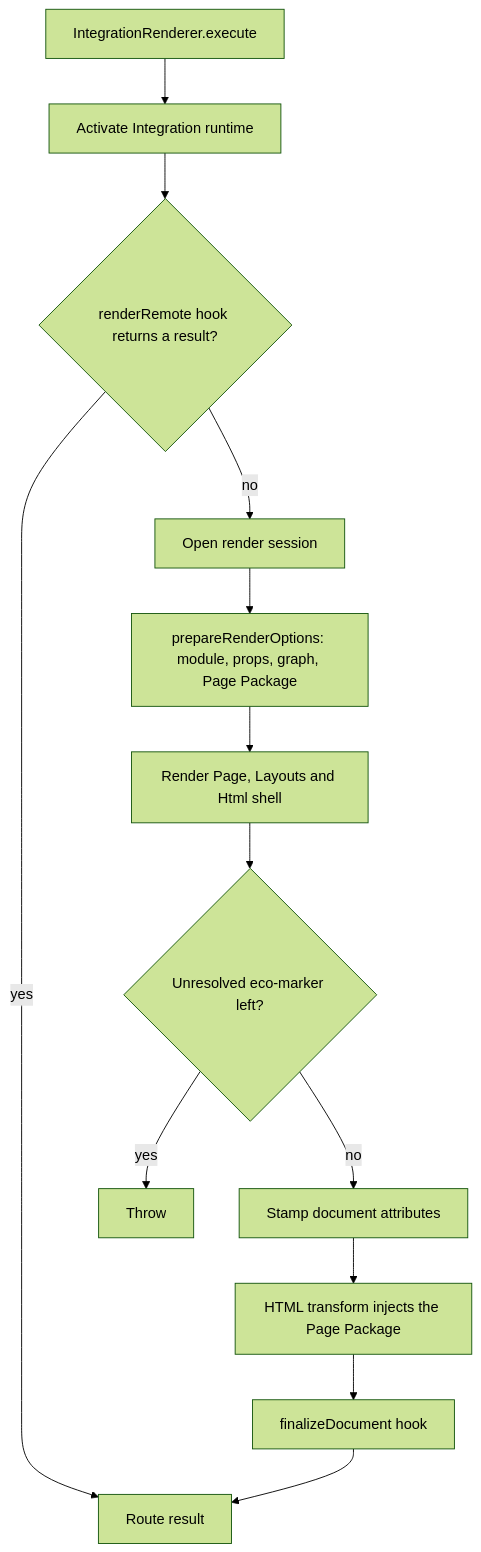
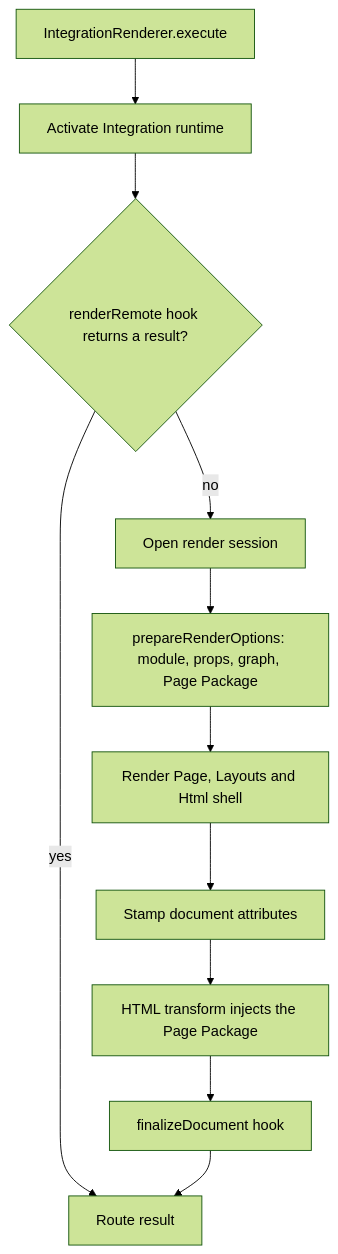
Before and after one commit to ecopages/ecopages: the first of 2 diagrams in apps/docs/src/content/dev/route-rendering.mdx, drawn with Mermaid (forest theme). The commit also changed other lines of this file and 16 other files, not shown here.

First line of the commit message:
refactor(core): delete the unresolved eco-marker artifact model

````diff
--- a/apps/docs/src/content/dev/route-rendering.mdx
+++ b/apps/docs/src/content/dev/route-rendering.mdx
@@ -27,15 +27,13 @@
 ```mermaid
 flowchart TD
   A["IntegrationRenderer.execute"] --> B["Activate Integration runtime"]
   B --> C{"renderRemote hook returns a result?"}
   C -- yes --> Z["Route result"]
   C -- no --> D["Open render session"]
   D --> E["prepareRenderOptions: module, props, graph, Page Package"]
   E --> F["Render Page, Layouts and Html shell"]
-  F --> G{"Unresolved eco-marker left?"}
-  G -- yes --> X["Throw"]
-  G -- no --> H["Stamp document attributes"]
+  F --> H["Stamp document attributes"]
   H --> I["HTML transform injects the Page Package"]
   I --> J["finalizeDocument hook"]
   J --> Z
 ```
````
